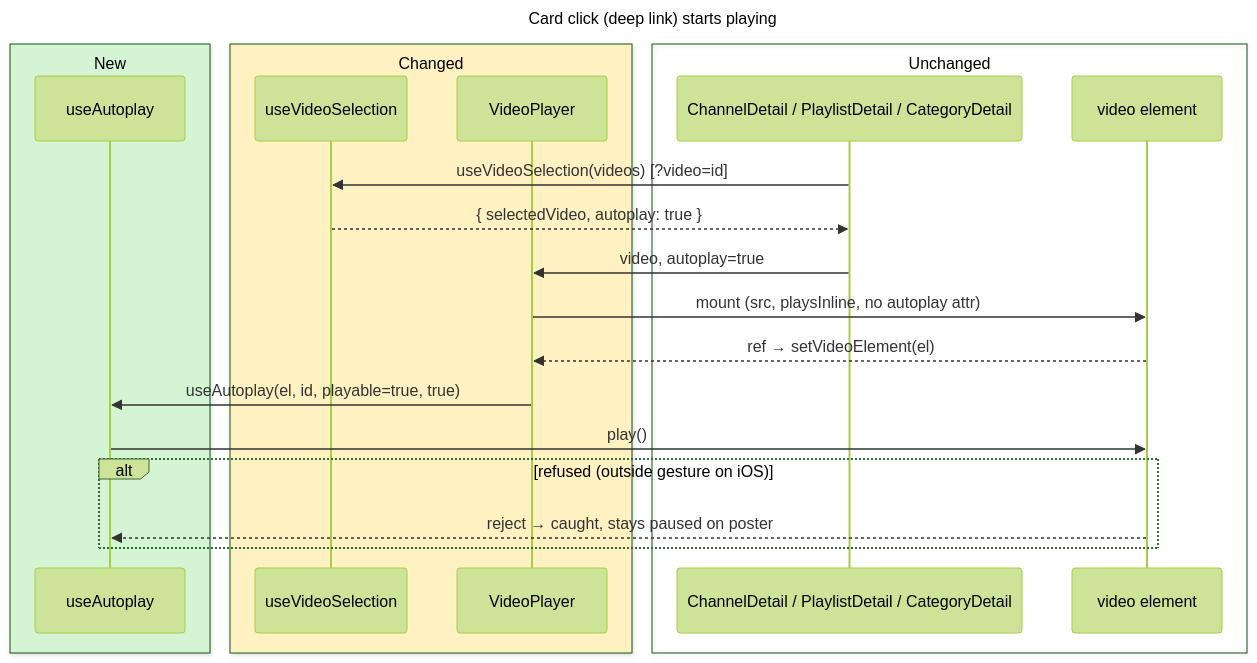
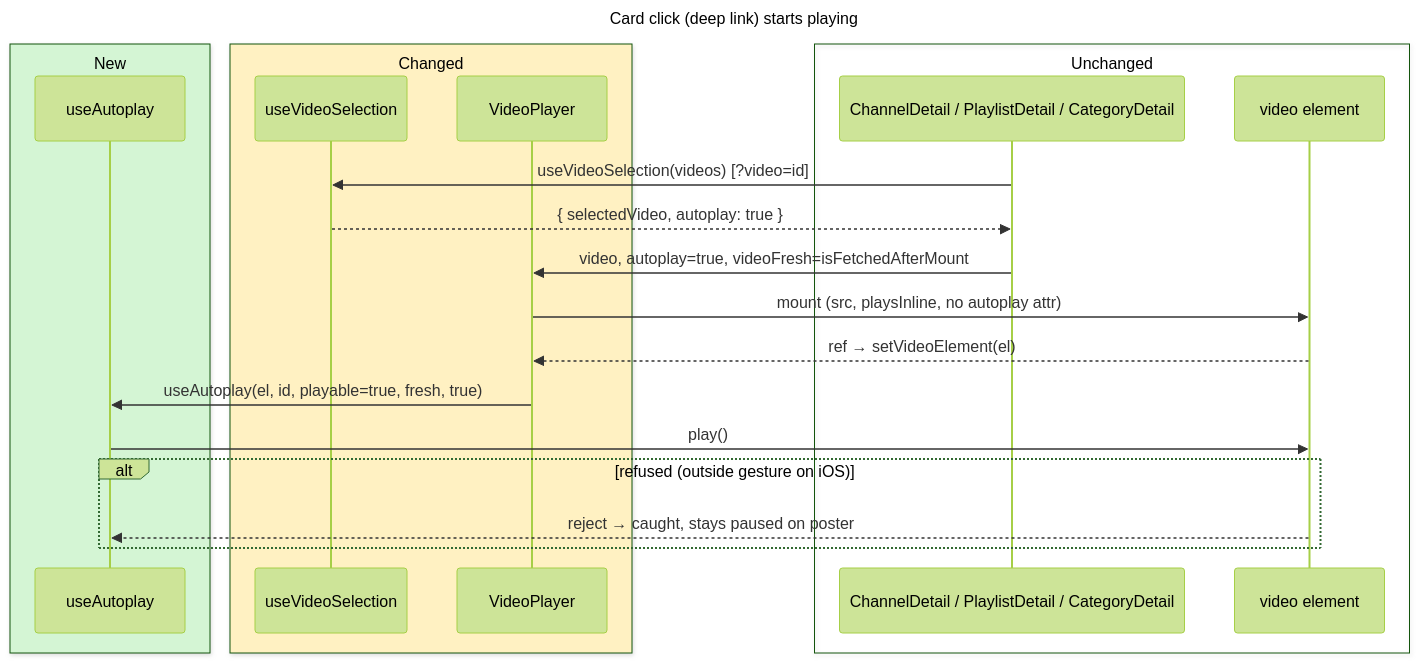
One commit to sergigp/yarrtube changed the second of 4 diagrams in openspec/changes/mobile-autoplay-landscape-fullscreen/design.md. Above: the diagram before and after it, drawn with Mermaid (forest theme). The commit also changed other lines of this file and 15 other files, not shown here.

First line of the commit message:
Autoplay a card's video even when its cached list is stale

````diff
--- a/openspec/changes/mobile-autoplay-landscape-fullscreen/design.md
+++ b/openspec/changes/mobile-autoplay-landscape-fullscreen/design.md
@@ -71,27 +72,27 @@
 ```mermaid
 ---
 title: Card click (deep link) starts playing
 ---
 sequenceDiagram
   box rgb(212,245,212) New
     participant UA as useAutoplay
   end
   box rgb(255,241,194) Changed
     participant UVS as useVideoSelection
     participant VP as VideoPlayer
   end
   box Unchanged
     participant D as ChannelDetail / PlaylistDetail / CategoryDetail
     participant V as video element
   end
   D->>UVS: useVideoSelection(videos) [?video=id]
   UVS-->>D: { selectedVideo, autoplay: true }
-  D->>VP: video, autoplay=true
+  D->>VP: video, autoplay=true, videoFresh=isFetchedAfterMount
   VP->>V: mount (src, playsInline, no autoplay attr)
   V-->>VP: ref → setVideoElement(el)
-  VP->>UA: useAutoplay(el, id, playable=true, true)
+  VP->>UA: useAutoplay(el, id, playable=true, fresh, true)
   UA->>V: play()
   alt refused (outside gesture on iOS)
     V-->>UA: reject → caught, stays paused on poster
   end
 ```
````
